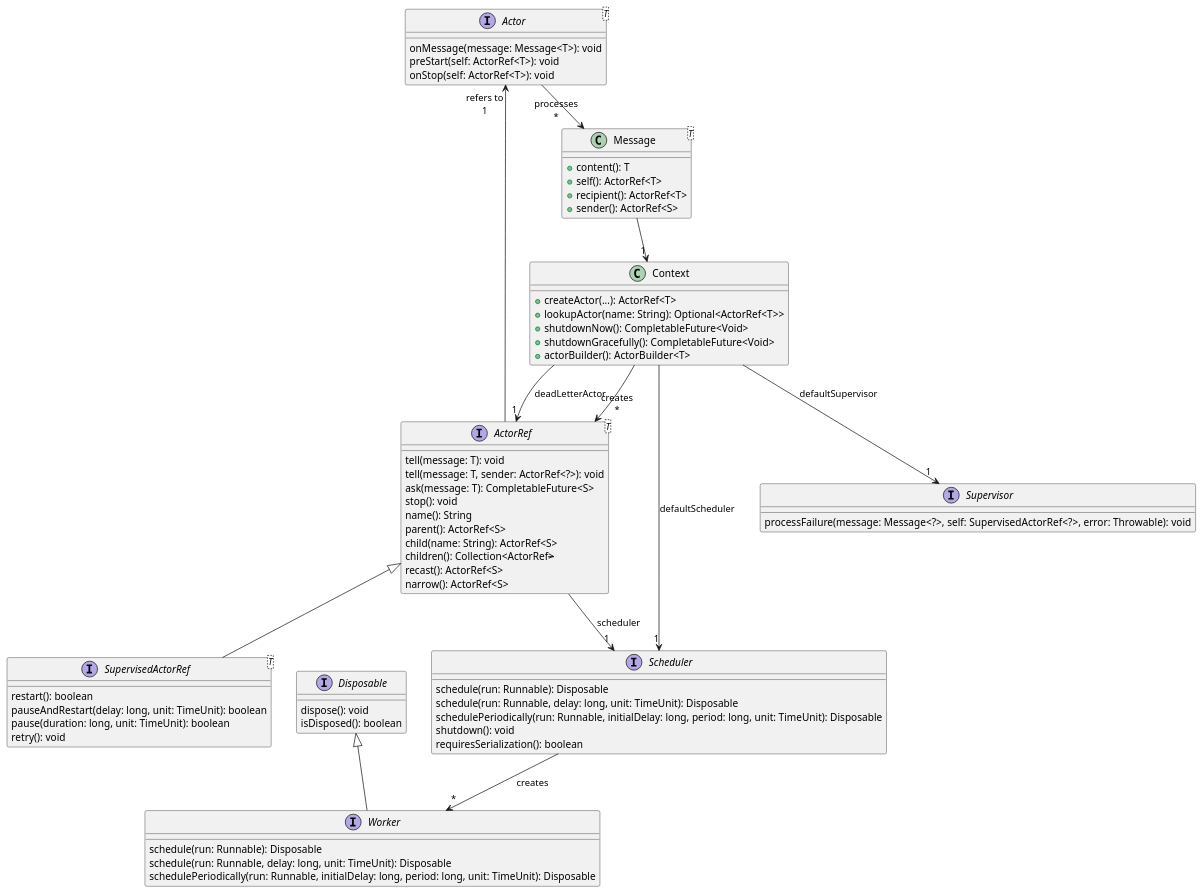
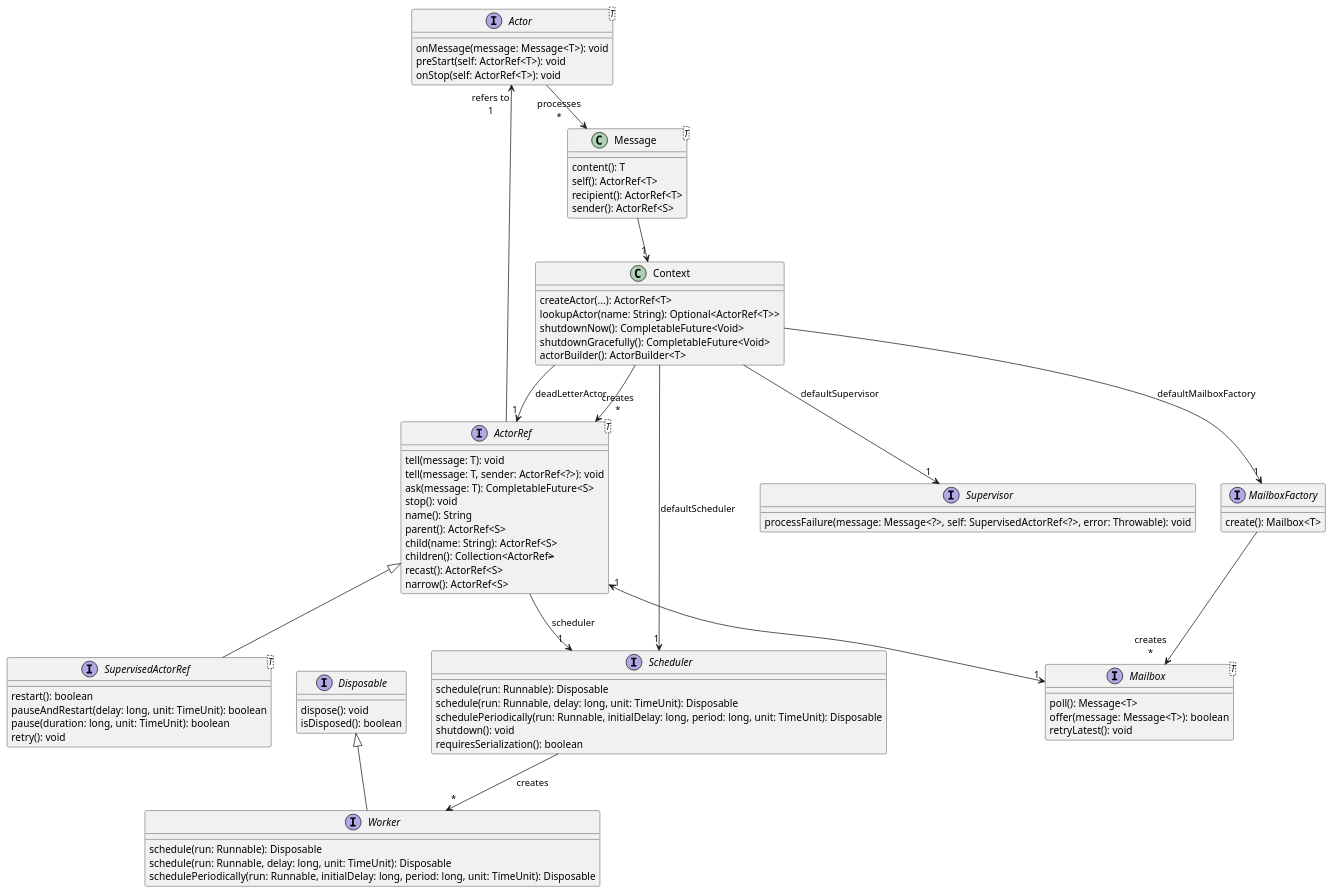
The diagram in src/main/plantuml/class-diagram.puml (davidmoten/reels), drawn with PlantUML before and after one commit.

Commit message:
update diagrams

```diff
--- a/src/main/plantuml/class-diagram.puml
+++ b/src/main/plantuml/class-diagram.puml
@@ -1,72 +1,88 @@
 @startuml
+top to bottom direction
+
 interface "Actor<T>" as Actor_T_ [[java:com.github.davidmoten.reels.Actor]] {
     onMessage(message: Message<T>): void
     preStart(self: ActorRef<T>): void
     onStop(self: ActorRef<T>): void
 }
 interface "ActorRef<T>" as ActorRef_T_ [[java:com.github.davidmoten.reels.ActorRef]] {
     tell(message: T): void
     tell(message: T, sender: ActorRef<?>): void
     ask(message: T): CompletableFuture<S>
     stop(): void
     name(): String
     parent(): ActorRef<S>
     child(name: String): ActorRef<S>
     children(): Collection<ActorRef<S>>
     recast(): ActorRef<S>
     narrow(): ActorRef<S>
 }
 Context --> "creates\n*" ActorRef_T_
 ActorRef_T_ --> "1" Scheduler : scheduler
 class Context [[java:com.github.davidmoten.reels.Context]] {
-    +createActor(...): ActorRef<T>
-    +lookupActor(name: String): Optional<ActorRef<T>>
-    +shutdownNow(): CompletableFuture<Void>
-    +shutdownGracefully(): CompletableFuture<Void>
-    +actorBuilder(): ActorBuilder<T>
+    createActor(...): ActorRef<T>
+    lookupActor(name: String): Optional<ActorRef<T>>
+    shutdownNow(): CompletableFuture<Void>
+    shutdownGracefully(): CompletableFuture<Void>
+    actorBuilder(): ActorBuilder<T>
 }
 Context --> "1" Supervisor : defaultSupervisor
 Context --> "1" Scheduler : defaultScheduler
 Context --> "1" ActorRef_T_ : deadLetterActor
+Context --> "1" MailboxFactory: defaultMailboxFactory
+
+interface "Mailbox<T>" as Mailbox_T_ {
+    poll(): Message<T>
+    offer(message: Message<T>): boolean
+    retryLatest(): void
+}
+ActorRef_T_ "1" <--> "1" Mailbox_T_
+
+interface MailboxFactory {
+    create(): Mailbox<T>
+}
+
+MailboxFactory --> "creates\n*" Mailbox_T_ 
 
 interface Disposable [[java:com.github.davidmoten.reels.Disposable]] {
     dispose(): void
     isDisposed(): boolean
 }
 class "Message<T>" as Message_T_ [[java:com.github.davidmoten.reels.Message]] {
-    +content(): T
-    +self(): ActorRef<T>
-    +recipient(): ActorRef<T>
-    +sender(): ActorRef<S>
+    content(): T
+    self(): ActorRef<T>
+    recipient(): ActorRef<T>
+    sender(): ActorRef<S>
 }
 Message_T_ --> "1" Context
 interface Scheduler [[java:com.github.davidmoten.reels.Scheduler]] {
     schedule(run: Runnable): Disposable
     schedule(run: Runnable, delay: long, unit: TimeUnit): Disposable
     schedulePeriodically(run: Runnable, initialDelay: long, period: long, unit: TimeUnit): Disposable
     shutdown(): void
     requiresSerialization(): boolean
 }
 
 Scheduler --> "*" Worker : creates
 
 interface "SupervisedActorRef<T>" as SupervisedActorRef_T_ [[java:com.github.davidmoten.reels.SupervisedActorRef]] {
     restart(): boolean
     pauseAndRestart(delay: long, unit: TimeUnit): boolean
     pause(duration: long, unit: TimeUnit): boolean
     retry(): void
 }
 ActorRef_T_ <|-- SupervisedActorRef_T_
 
 interface Supervisor [[java:com.github.davidmoten.reels.Supervisor]] {
     processFailure(message: Message<?>, self: SupervisedActorRef<?>, error: Throwable): void
 }
 interface Worker [[java:com.github.davidmoten.reels.Worker]] {
     schedule(run: Runnable): Disposable
     schedule(run: Runnable, delay: long, unit: TimeUnit): Disposable
     schedulePeriodically(run: Runnable, initialDelay: long, period: long, unit: TimeUnit): Disposable
 }
 Disposable <|-- Worker
 Actor_T_ --> "processes\n*" Message_T_
 ActorRef_T_ --> "refers to\n1" Actor_T_
 @enduml
```
